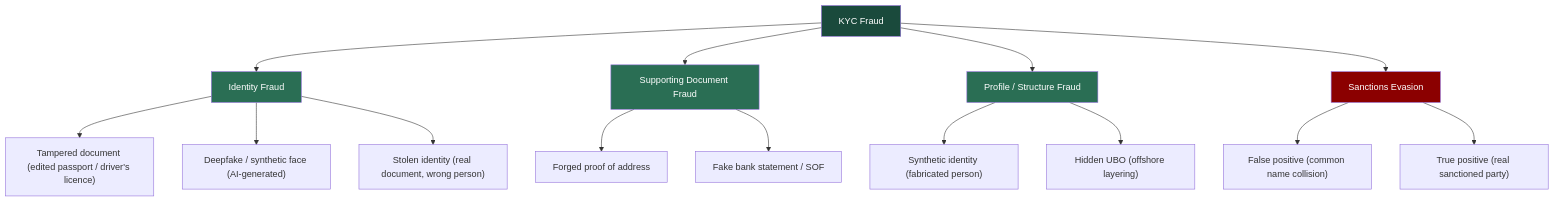
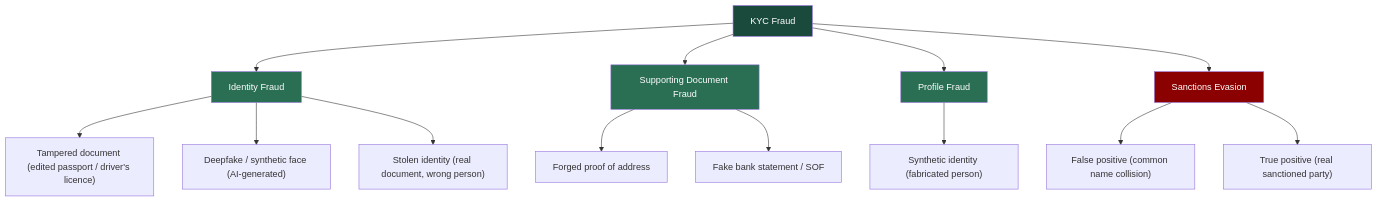
The diagram in case-3-kyc-document-forensics/readme.md (KotsykAndrey/aml-blockchain-portfolio), drawn with Mermaid before and after one commit. The commit also changed other lines of this file, not shown here.

````diff
--- a/case-3-kyc-document-forensics/readme.md
+++ b/case-3-kyc-document-forensics/readme.md
@@ -48,26 +49,25 @@
 ```mermaid
 flowchart TD
     A["KYC Fraud"] --> B["Identity Fraud"]
     A --> C["Supporting Document Fraud"]
-    A --> D["Profile / Structure Fraud"]
+    A --> D["Profile Fraud"]
     A --> E["Sanctions Evasion"]
  
     B --> B1["Tampered document (edited passport / driver's licence)"]
     B --> B2["Deepfake / synthetic face (AI-generated)"]
     B --> B3["Stolen identity (real document, wrong person)"]
  
     C --> C1["Forged proof of address"]
     C --> C2["Fake bank statement / SOF"]
  
     D --> D1["Synthetic identity (fabricated person)"]
-    D --> D2["Hidden UBO (offshore layering)"]
  
     E --> E1["False positive (common name collision)"]
     E --> E2["True positive (real sanctioned party)"]
  
     style A fill:#1A4A3C,color:#fff
     style B fill:#2A6E54,color:#fff
     style C fill:#2A6E54,color:#fff
     style D fill:#2A6E54,color:#fff
     style E fill:#8b0000,color:#fff
 ```
````
